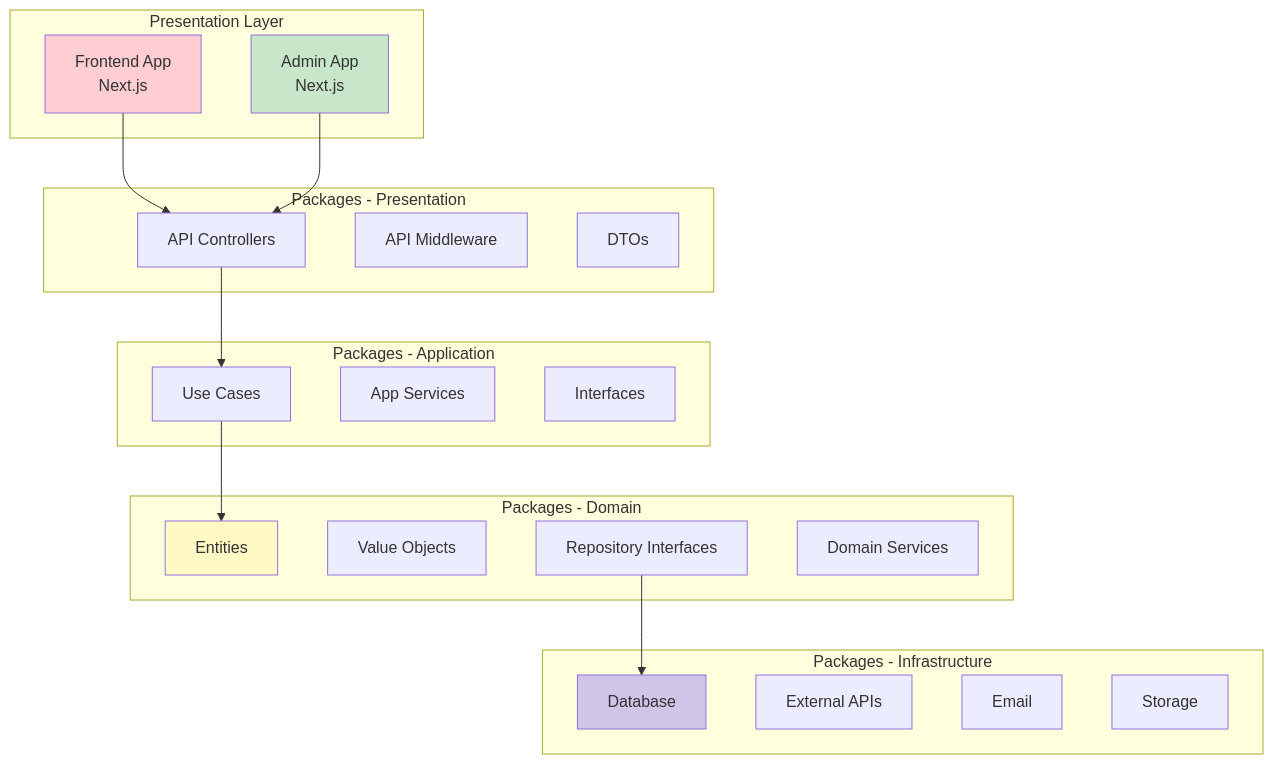
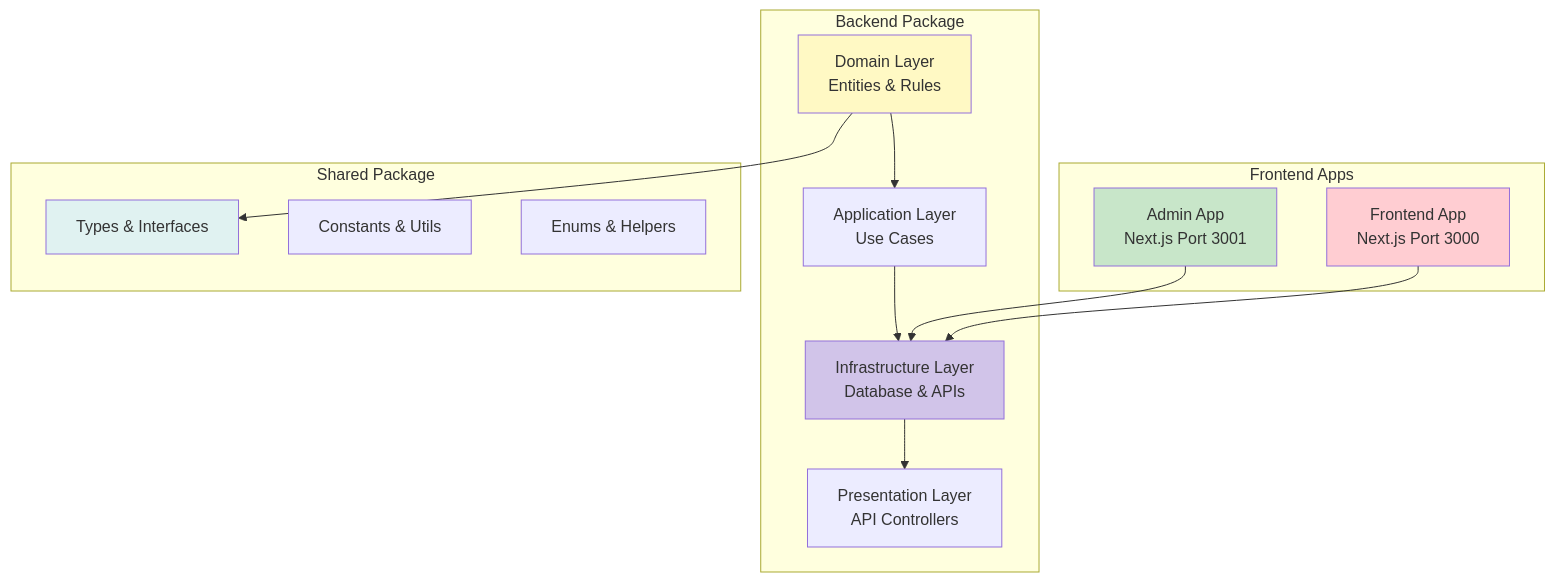
One commit to 90n9/talepick changed the second of 12 diagrams in FOLDER_STRUCTURE.md. Above: the diagram before and after it, drawn with Mermaid. The commit also changed other lines of this file and 46 other files, not shown here.

````diff
--- a/FOLDER_STRUCTURE.md
+++ b/FOLDER_STRUCTURE.md
@@ -39,44 +36,33 @@
 ```mermaid
 graph TB
-    subgraph "Presentation Layer"
-        PA[Frontend App<br/>Next.js]
-        PB[Admin App<br/>Next.js]
+    subgraph "Frontend Apps"
+        PA[Frontend App<br/>Next.js Port 3000]
+        PB[Admin App<br/>Next.js Port 3001]
     end
 
-    subgraph "Packages - Presentation"
-        PC[API Controllers]
-        PD[API Middleware]
-        PE[DTOs]
+    subgraph "Backend Package"
+        PC[Domain Layer<br/>Entities & Rules]
+        PD[Application Layer<br/>Use Cases]
+        PE[Infrastructure Layer<br/>Database & APIs]
+        PF[Presentation Layer<br/>API Controllers]
     end
 
-    subgraph "Packages - Application"
-        PF[Use Cases]
-        PG[App Services]
-        PH[Interfaces]
+    subgraph "Shared Package"
+        PG[Types & Interfaces]
+        PH[Constants & Utils]
+        PI[Enums & Helpers]
     end
 
-    subgraph "Packages - Domain"
-        PI[Entities]
-        PJ[Value Objects]
-        PK[Repository Interfaces]
-        PL[Domain Services]
-    end
-
-    subgraph "Packages - Infrastructure"
-        PM[Database]
-        PN[External APIs]
-        PO[Email]
-        PP[Storage]
-    end
-
-    PA --> PC
-    PB --> PC
-    PC --> PF
-    PF --> PI
-    PK --> PM
+    PA --> PE
+    PB --> PE
+    PC --> PD
+    PD --> PE
+    PE --> PF
+    PC --> PG
 
     style PA fill:#ffcdd2
     style PB fill:#c8e6c9
-    style PI fill:#fff9c4
-    style PM fill:#d1c4e9
+    style PC fill:#fff9c4
+    style PE fill:#d1c4e9
+    style PG fill:#e0f2f1
 ```
````
